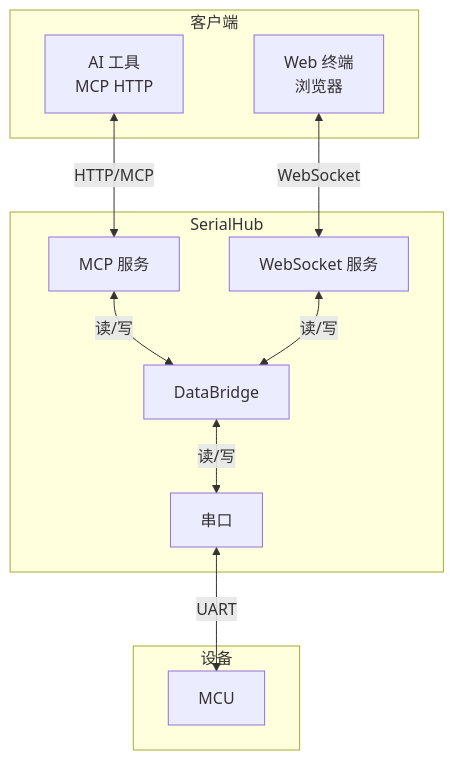
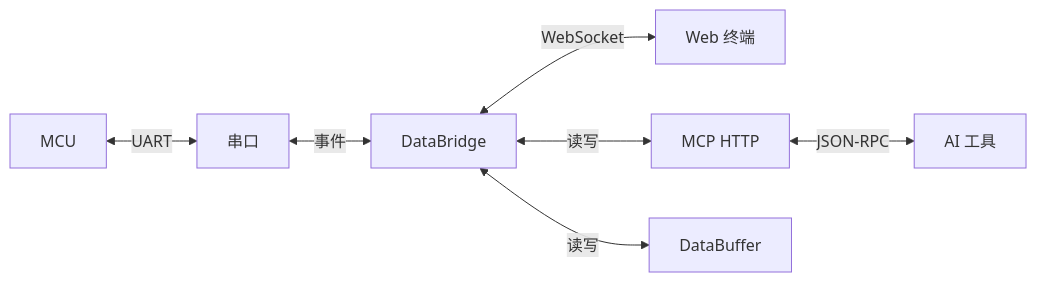
Before and after one commit to dongly/SerialHub: the diagram in AGENTS.md, drawn with Mermaid. The commit also changed other lines of this file, not shown here.

````diff
--- a/AGENTS.md
+++ b/AGENTS.md
@@ -7,22 +5,9 @@
 ```mermaid
-flowchart TB
-    subgraph Clients["客户端"]
-        AI["AI 工具<br/>MCP HTTP"]
-        Web["Web 终端<br/>浏览器"]
-    end
-    subgraph SerialHub["SerialHub"]
-        MCP["MCP 服务"]
-        WS["WebSocket 服务"]
-        Bridge["DataBridge"]
-        Serial["串口"]
-    end
-    subgraph Device["设备"]
-        MCU["MCU"]
-    end
-    AI <-->|HTTP/MCP| MCP
-    Web <-->|WebSocket| WS
-    MCP <-->|读/写| Bridge
-    WS <-->|读/写| Bridge
-    Bridge <-->|读/写| Serial
-    Serial <-->|UART| MCU
+flowchart LR
+    MCU["MCU"] <-->|UART| Serial["串口"]
+    Serial <-->|事件| Bridge["DataBridge"]
+    Bridge <-->|WebSocket| Web["Web 终端"]
+    Bridge <-->|读写| MCP["MCP HTTP"]
+    Bridge <-->|读写| Buffer["DataBuffer"]
+    MCP <-->|JSON-RPC| AI["AI 工具"]
 ```
````
